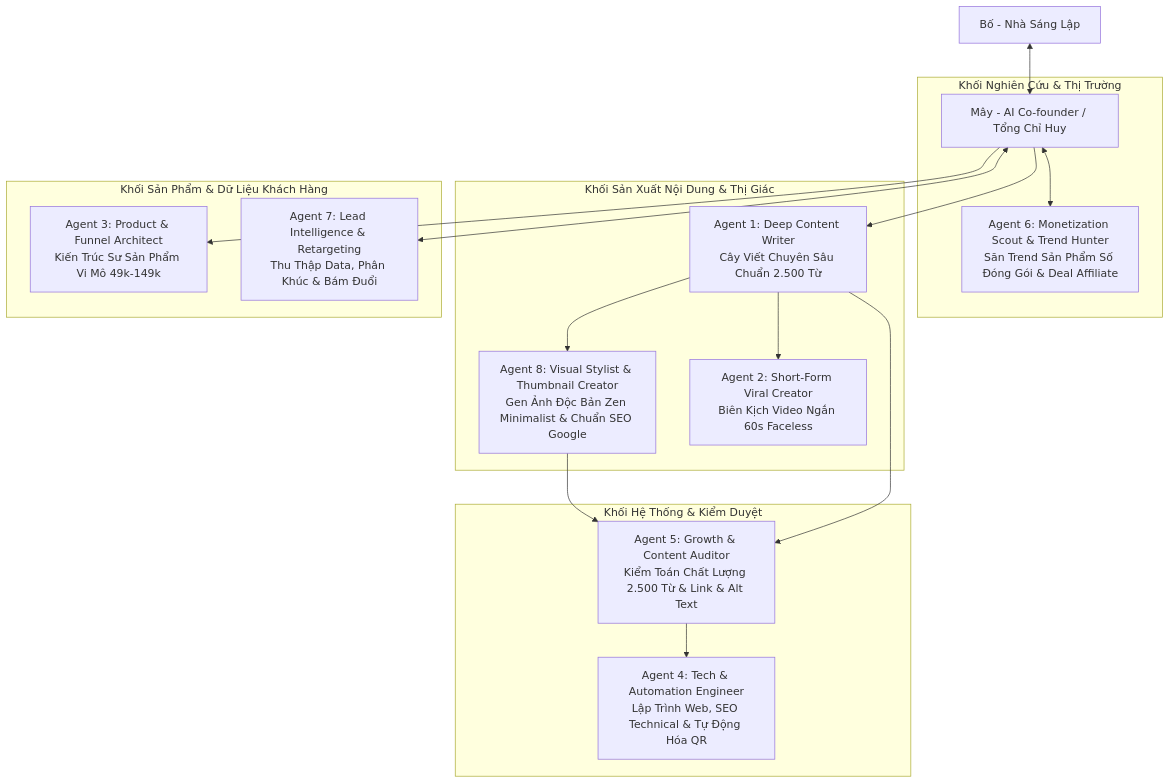
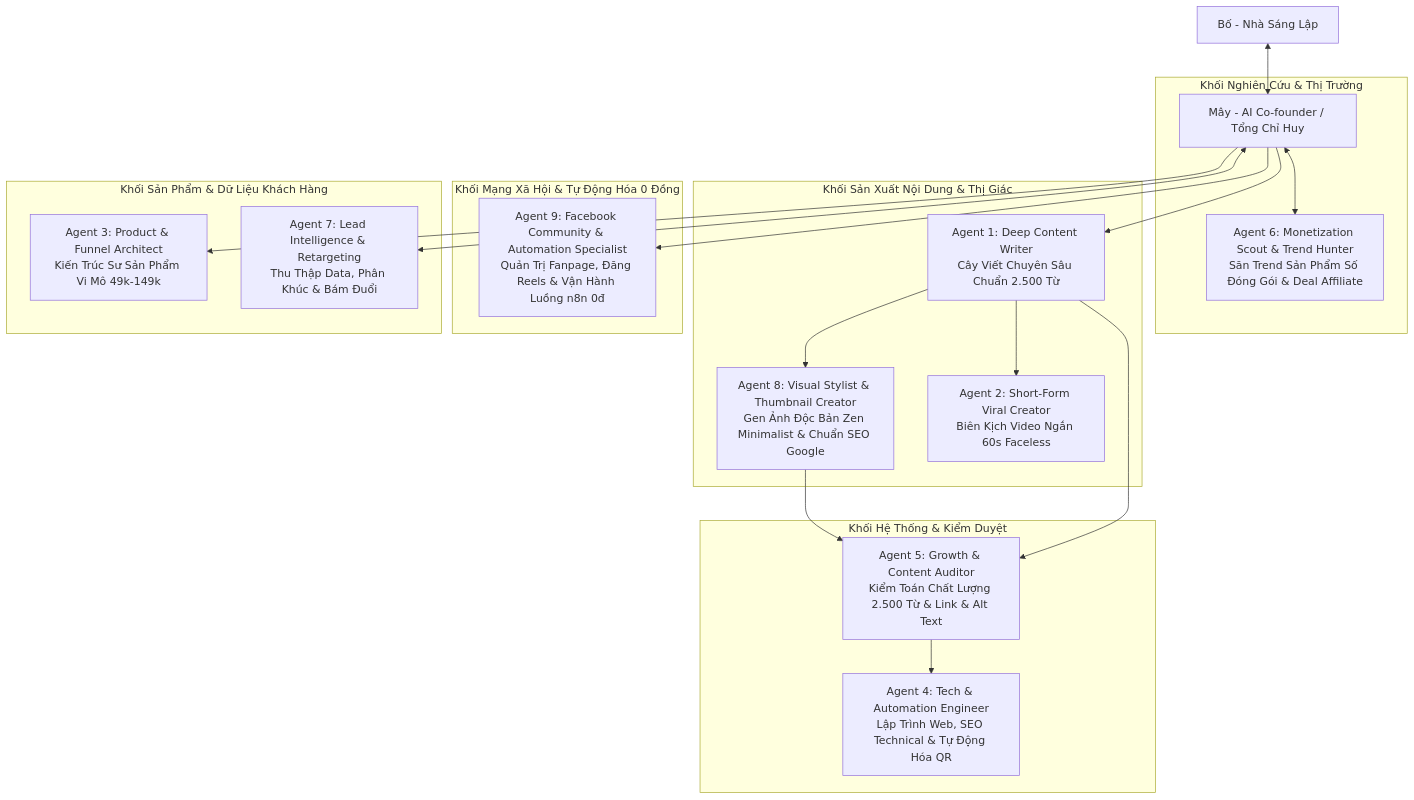
The third of 3 diagrams in AGENTS.md (longphi11/traicainghien-1), drawn with Mermaid before and after one commit. The commit also changed other lines of this file and 2 other files, not shown here.

Commit message:
feat(agents): establish Agent 9 Facebook Community and Automation Specialist for 0-dong growth

````diff
--- a/AGENTS.md
+++ b/AGENTS.md
@@ -411,24 +411,28 @@
 ```mermaid
 flowchart TD
     BO[Bố - Nhà Sáng Lập] <--> MAY[Mây - AI Co-founder / Tổng Chỉ Huy]
 
     subgraph BLOCK1 [Khối Nghiên Cứu & Thị Trường]
         MAY <--> A6[Agent 6: Monetization Scout & Trend Hunter<br>Săn Trend Sản Phẩm Số Đóng Gói & Deal Affiliate]
     end
 
     subgraph BLOCK2 [Khối Sản Xuất Nội Dung & Thị Giác]
         MAY --> A1[Agent 1: Deep Content Writer<br>Cây Viết Chuyên Sâu Chuẩn 2.500 Từ]
         A1 --> A8[Agent 8: Visual Stylist & Thumbnail Creator<br>Gen Ảnh Độc Bản Zen Minimalist & Chuẩn SEO Google]
         A1 --> A2[Agent 2: Short-Form Viral Creator<br>Biên Kịch Video Ngắn 60s Faceless]
     end
 
-    subgraph BLOCK3 [Khối Sản Phẩm & Dữ Liệu Khách Hàng]
+    subgraph BLOCK3 [Khối Mạng Xã Hội & Tự Động Hóa 0 Đồng]
+        MAY --> A9[Agent 9: Facebook Community & Automation Specialist<br>Quản Trị Fanpage, Đăng Reels & Vận Hành Luồng n8n 0đ]
+    end
+
+    subgraph BLOCK4 [Khối Sản Phẩm & Dữ Liệu Khách Hàng]
         MAY --> A3[Agent 3: Product & Funnel Architect<br>Kiến Trúc Sư Sản Phẩm Vi Mô 49k-149k]
         MAY <--> A7[Agent 7: Lead Intelligence & Retargeting<br>Thu Thập Data, Phân Khúc & Bám Đuổi]
     end
 
-    subgraph BLOCK4 [Khối Hệ Thống & Kiểm Duyệt]
+    subgraph BLOCK5 [Khối Hệ Thống & Kiểm Duyệt]
         A8 & A1 --> A5[Agent 5: Growth & Content Auditor<br>Kiểm Toán Chất Lượng 2.500 Từ & Link & Alt Text]
         A5 --> A4[Agent 4: Tech & Automation Engineer<br>Lập Trình Web, SEO Technical & Tự Động Hóa QR]
     end
 ```
````
